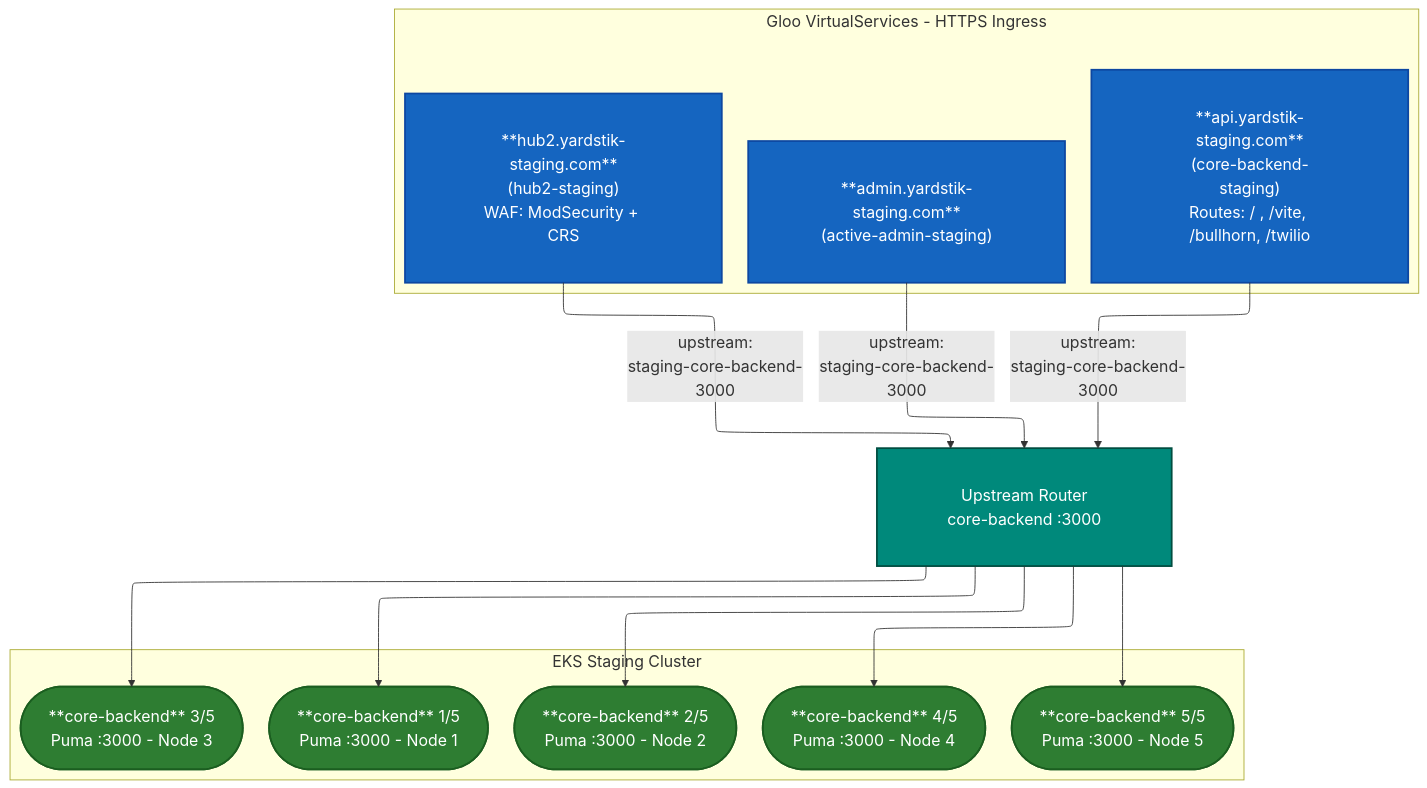
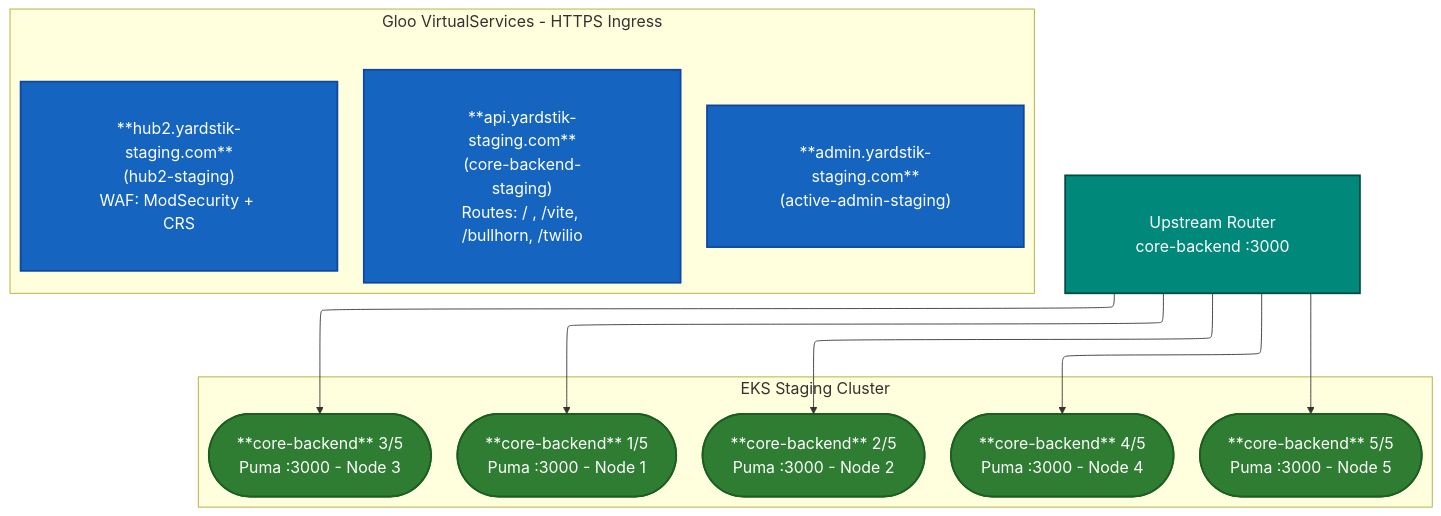
One commit to skylukas1/Diagrams changed the first of 3 diagrams in k8s_staging_deployment.md. Above: the diagram before and after it, drawn with Mermaid.

Commit message:
Remove upstream connection to LB in deployment
Removed upstream connection from VS_API, VS_ADMIN, and VS_HUB to LB.

````diff
--- a/k8s_staging_deployment.md
+++ b/k8s_staging_deployment.md
@@ -9,41 +9,39 @@
 ```mermaid
 ---
 config:
   theme: default
   themeVariables:
     fontSize: 18px
   flowchart:
     nodeSpacing: 80
     rankSpacing: 80
     padding: 40
     defaultRenderer: elk
 ---
 graph TD
     subgraph INGRESS["Gloo VirtualServices - HTTPS Ingress"]
         VS_API["**api.yardstik-staging.com**<br/>(core-backend-staging)<br/>Routes: / , /vite, /bullhorn, /twilio"]
         VS_ADMIN["**admin.yardstik-staging.com**<br/>(active-admin-staging)"]
         VS_HUB["**hub2.yardstik-staging.com**<br/>(hub2-staging)<br/>WAF: ModSecurity + CRS"]
     end
-
-    VS_API & VS_ADMIN & VS_HUB -->|"upstream:<br/>staging-core-backend-3000"| LB
 
     LB["Upstream Router<br/>core-backend :3000"]
 
     LB --> N1_APP & N2_APP & N3_APP & N4_APP & N5_APP
 
     subgraph CLUSTER["EKS Staging Cluster"]
         N1_APP(["**core-backend** 1/5<br/>Puma :3000 - Node 1"])
         N2_APP(["**core-backend** 2/5<br/>Puma :3000 - Node 2"])
         N3_APP(["**core-backend** 3/5<br/>Puma :3000 - Node 3"])
         N4_APP(["**core-backend** 4/5<br/>Puma :3000 - Node 4"])
         N5_APP(["**core-backend** 5/5<br/>Puma :3000 - Node 5"])
     end
 
     classDef ingress fill:#1565c0,stroke:#0d47a1,color:#fff,stroke-width:2px
     classDef upstream fill:#00897b,stroke:#004d40,color:#fff,stroke-width:2px
     classDef appPod fill:#2e7d32,stroke:#1b5e20,color:#fff,stroke-width:2px
 
     class VS_API,VS_ADMIN,VS_HUB ingress
     class LB upstream
     class N1_APP,N2_APP,N3_APP,N4_APP,N5_APP appPod
 ```
````
